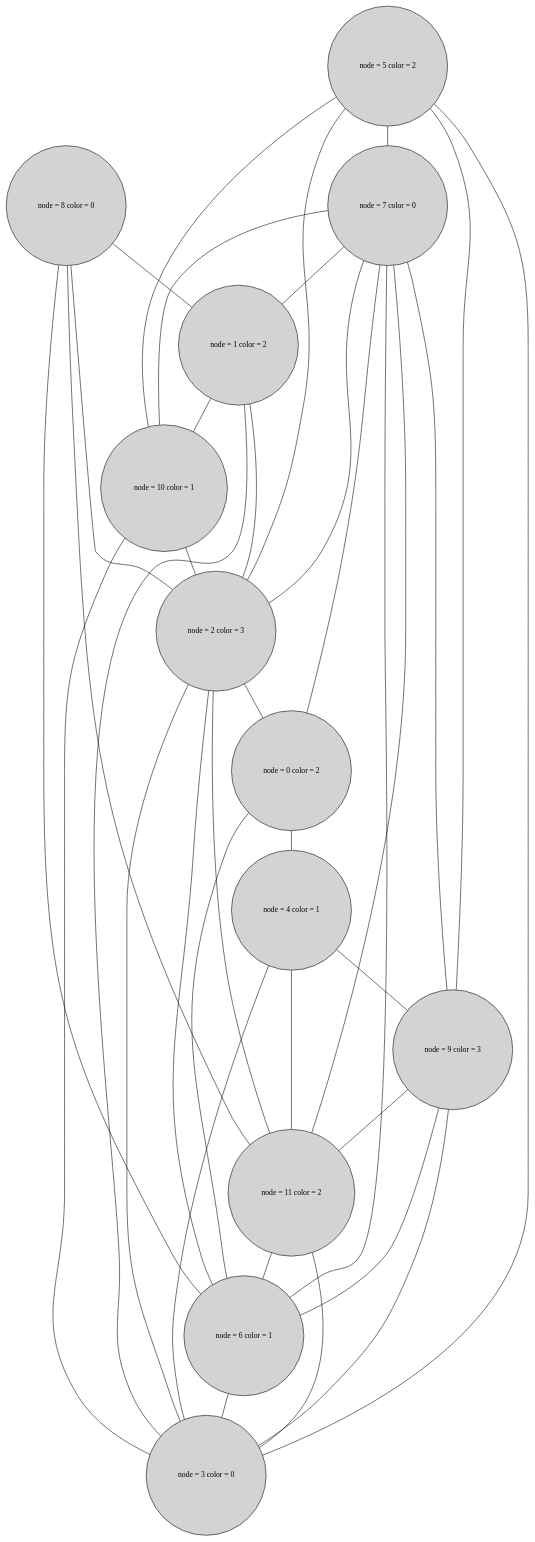
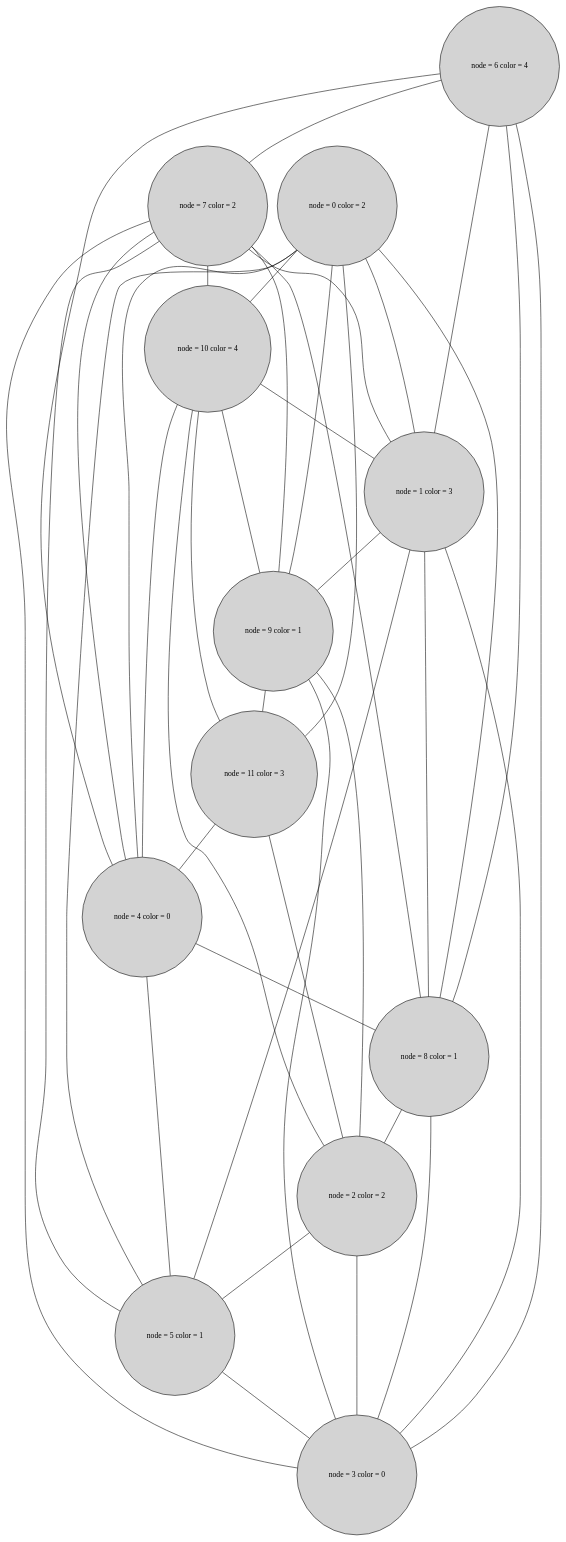
The diagram in test_graph_3.dot (zakoo20122/gceda), drawn with Graphviz before and after one commit. The commit also changed 42 other files, not shown here.

```diff
--- a/test_graph_3.dot
+++ b/test_graph_3.dot
@@ -1,51 +1,55 @@
 graph G { 
 graph [splines = true] node [height=0.4 shape=circle style=filled]
 3 [ label= " node = 3 color = 0"] ;
-2 [ label= " node = 2 color = 3"] ;
-1 [ label= " node = 1 color = 2"] ;
-10 [ label= " node = 10 color = 1"] ;
+2 [ label= " node = 2 color = 2"] ;
+10 [ label= " node = 10 color = 4"] ;
+1 [ label= " node = 1 color = 3"] ;
 0 [ label= " node = 0 color = 2"] ;
-7 [ label= " node = 7 color = 0"] ;
-6 [ label= " node = 6 color = 1"] ;
-5 [ label= " node = 5 color = 2"] ;
-4 [ label= " node = 4 color = 1"] ;
-9 [ label= " node = 9 color = 3"] ;
-8 [ label= " node = 8 color = 0"] ;
-11 [ label= " node = 11 color = 2"] ;
-2 -- 0;
+7 [ label= " node = 7 color = 2"] ;
+6 [ label= " node = 6 color = 4"] ;
+5 [ label= " node = 5 color = 1"] ;
+4 [ label= " node = 4 color = 0"] ;
+9 [ label= " node = 9 color = 1"] ;
+8 [ label= " node = 8 color = 1"] ;
+11 [ label= " node = 11 color = 3"] ;
+2 -- 5;
 2 -- 3;
-2 -- 6;
-2 -- 11;
-1 -- 10;
+10 -- 1;
+10 -- 11;
+10 -- 9;
+10 -- 4;
+10 -- 2;
+1 -- 9;
 1 -- 3;
-1 -- 2;
-10 -- 3;
-10 -- 2;
-0 -- 6;
+1 -- 5;
+1 -- 8;
+0 -- 10;
+0 -- 1;
+0 -- 8;
+0 -- 11;
+0 -- 5;
+0 -- 9;
 0 -- 4;
-7 -- 2;
+7 -- 3;
+7 -- 8;
+7 -- 1;
+7 -- 5;
+7 -- 4;
+7 -- 9;
 7 -- 10;
-7 -- 1;
-7 -- 6;
-7 -- 9;
-7 -- 11;
-7 -- 0;
+6 -- 7;
 6 -- 3;
-5 -- 10;
-5 -- 2;
-5 -- 7;
+6 -- 1;
+6 -- 4;
+6 -- 8;
 5 -- 3;
-5 -- 9;
-4 -- 9;
-4 -- 3;
-4 -- 11;
+4 -- 8;
+4 -- 5;
+9 -- 11;
+9 -- 2;
 9 -- 3;
-9 -- 6;
-9 -- 11;
-8 -- 1;
-8 -- 11;
 8 -- 2;
-8 -- 6;
-11 -- 6;
-11 -- 3;
+8 -- 3;
+11 -- 4;
+11 -- 2;
 }
```
